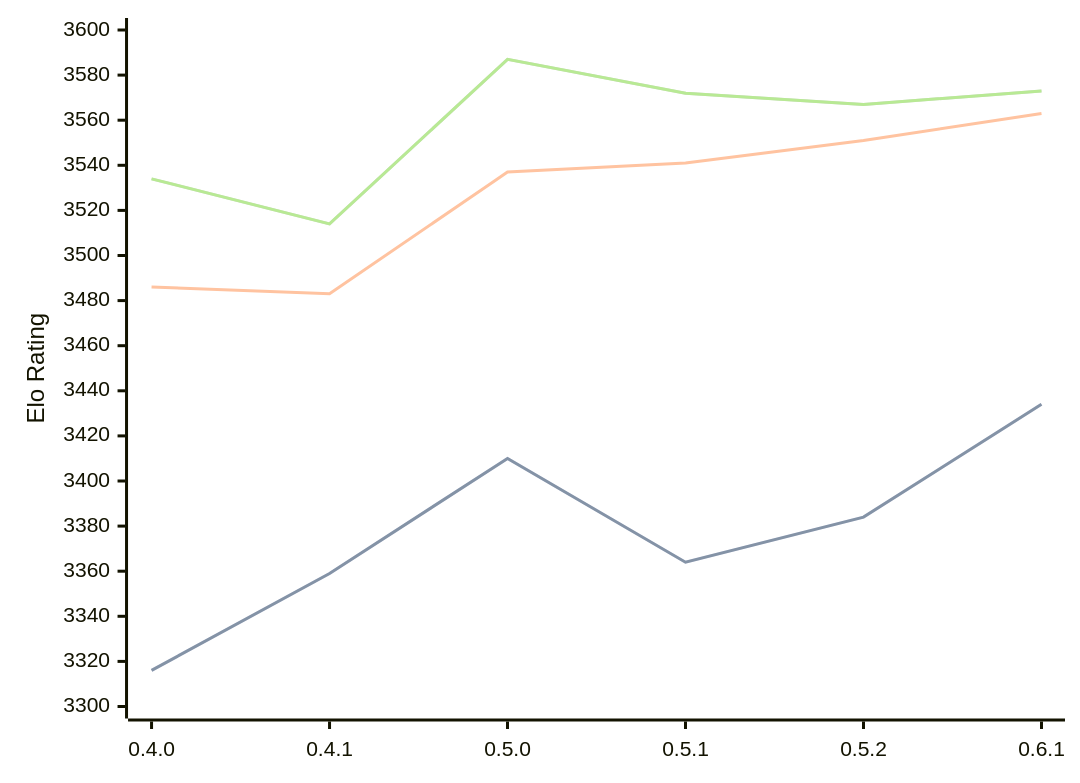
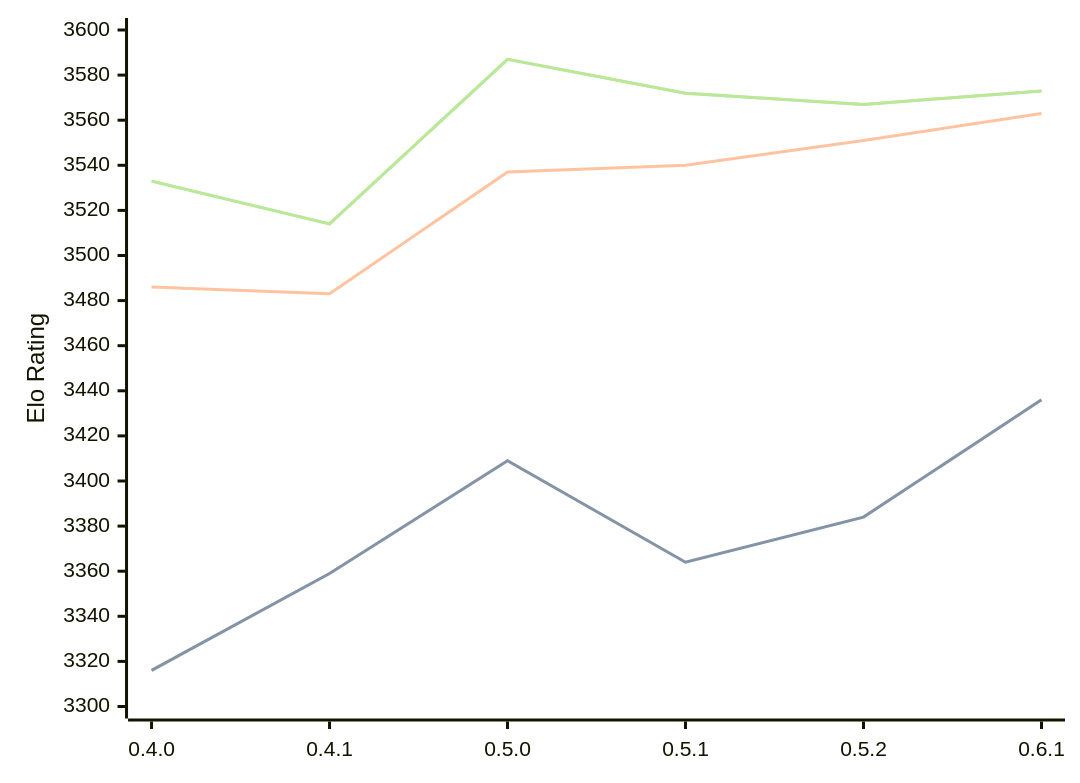
One commit to computer-chess-index/cci changed the diagram in engines/Cinder.md. Above: the diagram before and after it, drawn with Mermaid. The commit also changed other lines of this file, not shown here.

Commit message:
Update CCI Ratings (ELO VLTC) - 2026-09-21

````diff
--- a/engines/Cinder.md
+++ b/engines/Cinder.md
@@ -37,11 +37,11 @@
 ```mermaid
 %%{init: {"theme":"base","themeVariables":{"seriesColors:['#a3a3a3','#222221','#faa371']}}}%%
 xychart-beta
   x-axis ["0.4.0", "0.4.1", "0.5.0", "0.5.1", "0.5.2", "0.6.1"]
   y-axis "Elo Rating" 3300 --> 3600
-  line "" [3316, 3359, 3410, 3364, 3384, 3434]
-  line "STC (8.0+0.08s)" [3316, 3359, 3410, 3364, 3384, 3434]
-  line "LTC (60.0+0.60s)" [3486, 3483, 3537, 3541, 3551, 3563]
-  line "" [3534, 3514, 3587, 3572, 3567, 3573]
-  line "VLTC (2m24s+1.12s)" [3534, 3514, 3587, 3572, 3567, 3573]
+  line "" [3316, 3359, 3409, 3364, 3384, 3436]
+  line "STC (8.0+0.08s)" [3316, 3359, 3409, 3364, 3384, 3436]
+  line "LTC (60.0+0.60s)" [3486, 3483, 3537, 3540, 3551, 3563]
+  line "" [3533, 3514, 3587, 3572, 3567, 3573]
+  line "VLTC (2m24s+1.12s)" [3533, 3514, 3587, 3572, 3567, 3573]
 ```
````
